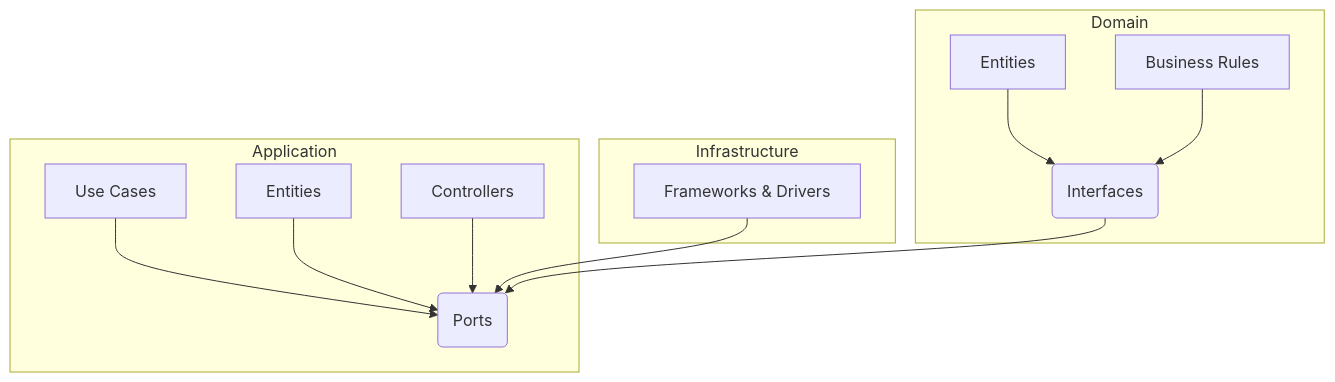
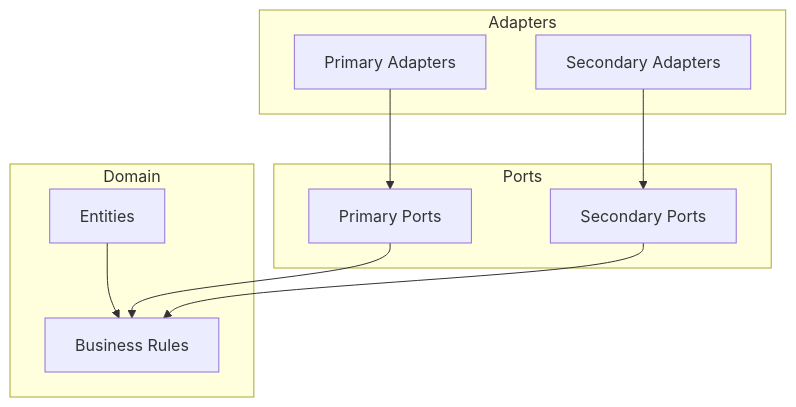
Before and after one commit to Tan-Software/architecture-hexagonale: the first of 7 diagrams in README.md, drawn with Mermaid. The commit also changed other lines of this file, not shown here.

````diff
--- a/README.md
+++ b/README.md
@@ -24,17 +20,15 @@
 ```mermaid
 graph TD
-subgraph Application
-A[Use Cases] -->B(Ports)
-C[Entities] --> B
-D[Controllers] --> B
+subgraph Domain
+A[Entities] --> B[Business Rules]
 end
-subgraph Infrastructure
-F[Frameworks & Drivers] -->B
+subgraph Ports
+C[Primary Ports] --> B
+D[Secondary Ports] --> B
 end
-subgraph Domain
-G[Entities] -->E(Interfaces)
-E --> B
-H[Business Rules] -->E
+subgraph Adapters
+E[Primary Adapters] --> C
+F[Secondary Adapters] --> D
 end
 
 ```
````
